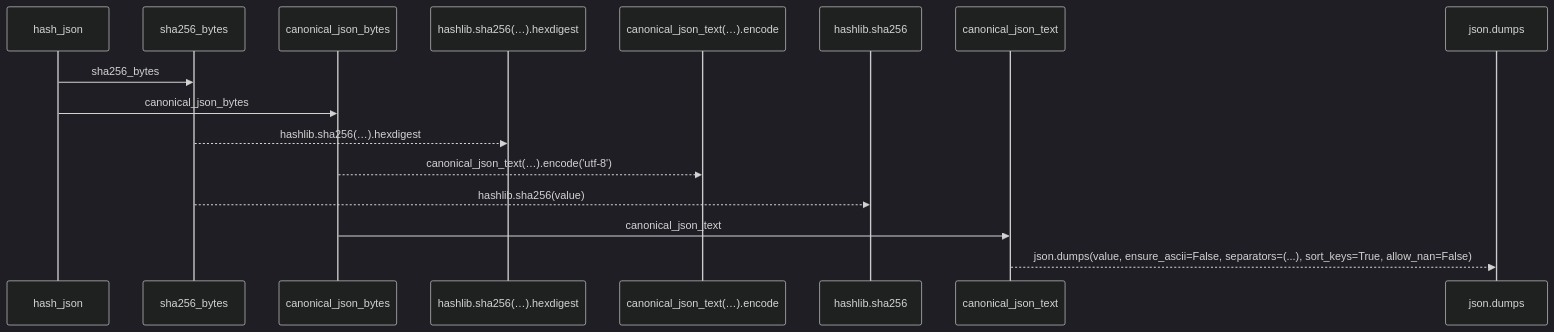
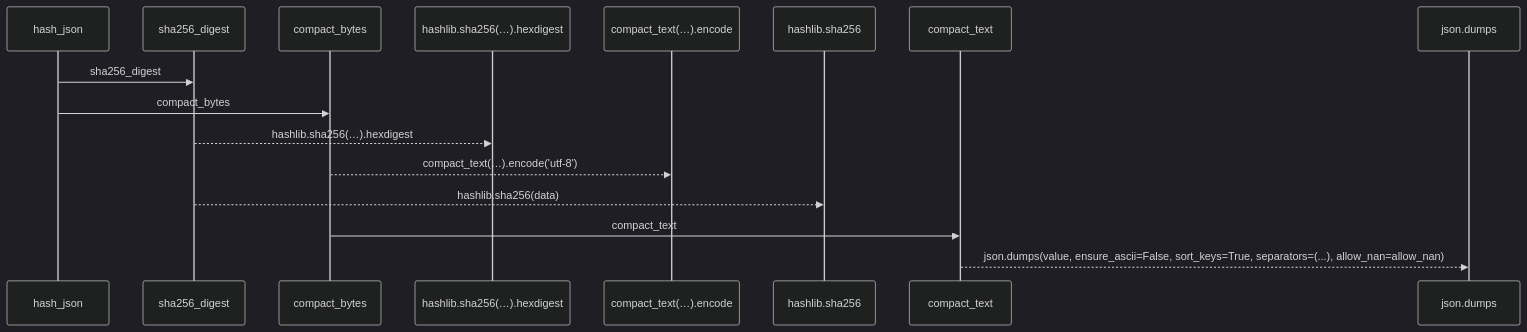
One commit to Denissvgn/python-wiki-llm changed the first of 2 diagrams in docs/llm_wiki/flows/api-hash_json.md. Above: the diagram before and after it, drawn with Mermaid (dark theme). The commit also changed other lines of this file and 1555 other files, not shown here.

````diff
--- a/docs/llm_wiki/flows/api-hash_json.md
+++ b/docs/llm_wiki/flows/api-hash_json.md
@@ -12,18 +12,18 @@
 ```mermaid
 sequenceDiagram
     participant p0 as hash_json
-    participant p1 as sha256_bytes
-    participant p2 as canonical_json_bytes
+    participant p1 as sha256_digest
+    participant p2 as compact_bytes
     participant p3 as hashlib.sha256(…).hexdigest
-    participant p4 as canonical_json_text(…).encode
+    participant p4 as compact_text(…).encode
     participant p5 as hashlib.sha256
-    participant p6 as canonical_json_text
+    participant p6 as compact_text
     participant p7 as json.dumps
-    p0->>p1: sha256_bytes
-    p0->>p2: canonical_json_bytes
+    p0->>p1: sha256_digest
+    p0->>p2: compact_bytes
     p1-->>p3: hashlib.sha256(…).hexdigest
-    p2-->>p4: canonical_json_text(…).encode('utf-8')
-    p1-->>p5: hashlib.sha256(value)
-    p2->>p6: canonical_json_text
-    p6-->>p7: json.dumps(value, ensure_ascii=False, separators=(...), sort_keys=True, allow_nan=False)
+    p2-->>p4: compact_text(…).encode('utf-8')
+    p1-->>p5: hashlib.sha256(data)
+    p2->>p6: compact_text
+    p6-->>p7: json.dumps(value, ensure_ascii=False, sort_keys=True, separators=(...), allow_nan=allow_nan)
 ```
````
